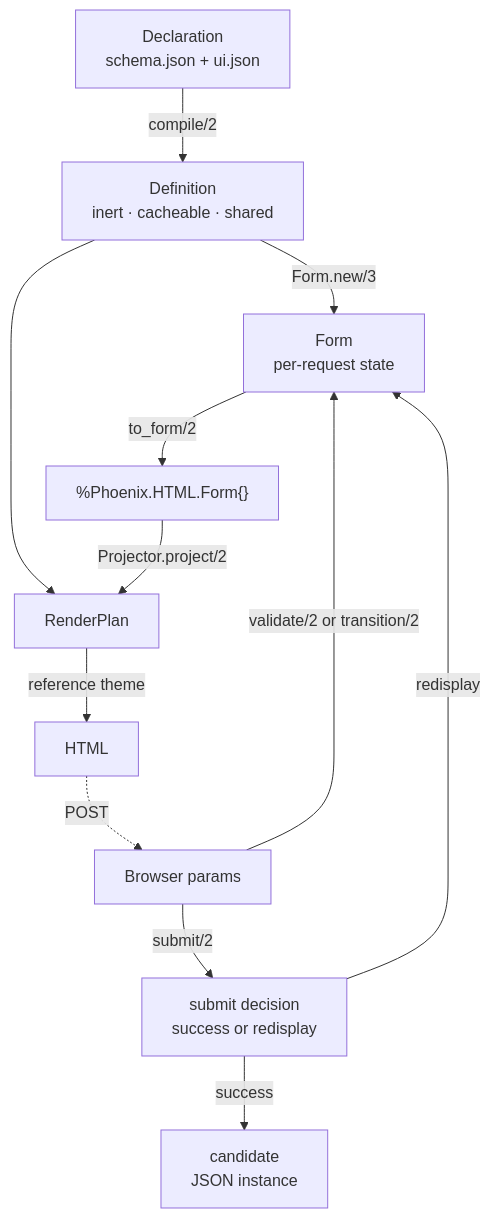
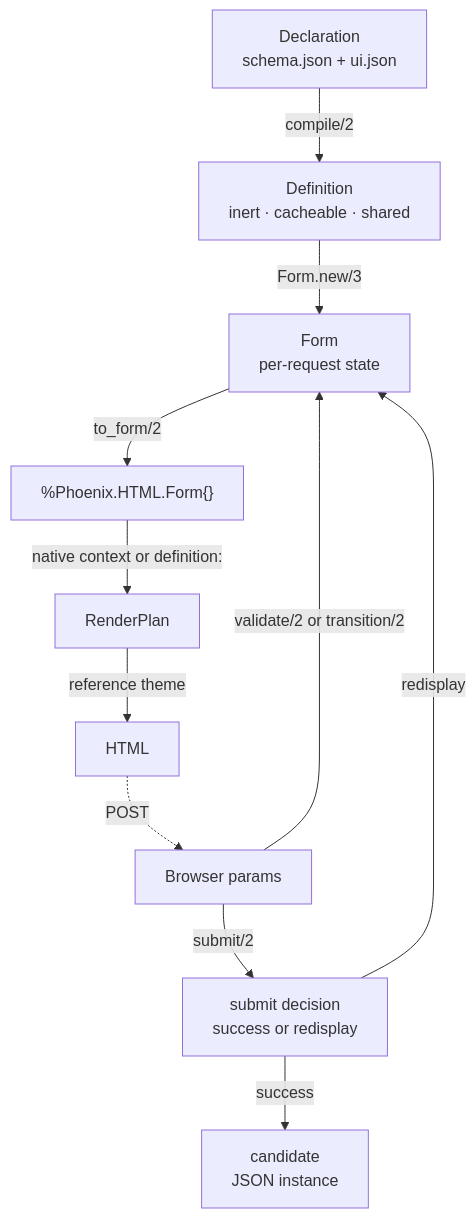
The diagram in docs/Formentation/Techdocs/end-to-end-data-flow.md (kioopi/formentation), drawn with Mermaid before and after one commit. The commit also changed other lines of this file and 8 other files, not shown here.

````diff
--- a/docs/Formentation/Techdocs/end-to-end-data-flow.md
+++ b/docs/Formentation/Techdocs/end-to-end-data-flow.md
@@ -29,26 +29,25 @@
 ```mermaid
 flowchart TD
     Decl["Declaration<br/>schema.json + ui.json"]
     Def["Definition<br/>inert · cacheable · shared"]
     State["Form<br/>per-request state"]
     PForm["%Phoenix.HTML.Form{}"]
     Plan["RenderPlan"]
     HTML["HTML"]
     Params["Browser params"]
     Decision["submit decision<br/>success or redisplay"]
     Cand["candidate<br/>JSON instance"]
 
     Decl -->|"compile/2"| Def
     Def -->|"Form.new/3"| State
     State -->|"to_form/2"| PForm
-    Def --> Plan
-    PForm -->|"Projector.project/2"| Plan
+    PForm -->|"native context or definition:"| Plan
     Plan -->|"reference theme"| HTML
     HTML -.->|"POST"| Params
     Params -->|"validate/2 or transition/2"| State
     Params -->|"submit/2"| Decision
     Decision -->|"success"| Cand
     Decision -->|"redisplay"| State
 
     class Def,State,Plan internal-link
 ```
````
